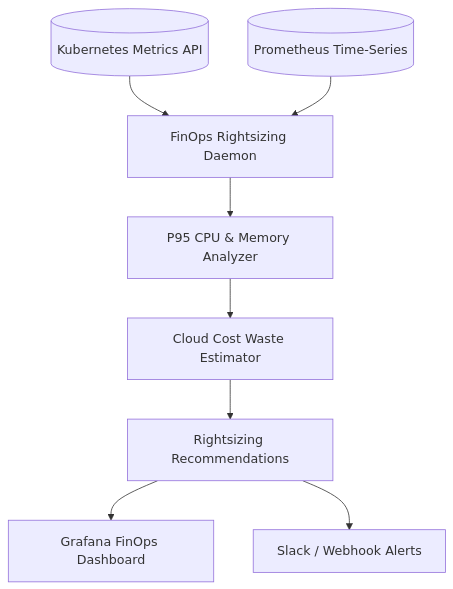
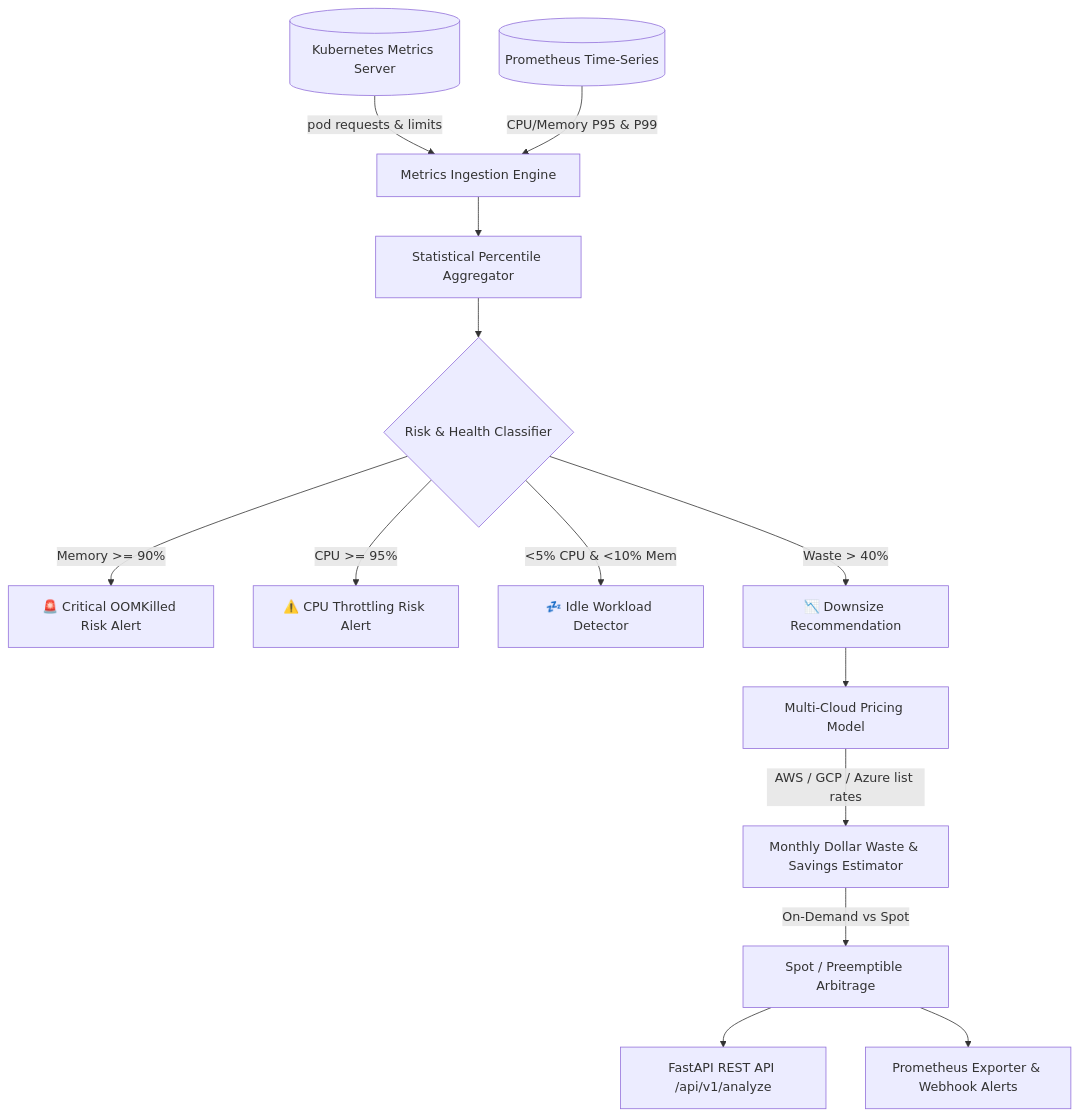
The diagram in README.md (txltedxgod/k8s-cost-optimizer), drawn with Mermaid before and after one commit. The commit also changed other lines of this file and 12 other files, not shown here.

Commit message:
feat(finops): enhance rightsizing engine, multi-cloud pricing, risk alerts, and test suite (#21)

````diff
--- a/README.md
+++ b/README.md
@@ -3,11 +16,20 @@
 ```mermaid
 flowchart TD
-    K8sAPI[(Kubernetes Metrics API)] --> Daemon[FinOps Rightsizing Daemon]
-    Prometheus[(Prometheus Time-Series)] --> Daemon
+    K8sAPI[(Kubernetes Metrics Server)] -->|pod requests & limits| Ingestion[Metrics Ingestion Engine]
+    Prometheus[(Prometheus Time-Series)] -->|CPU/Memory P95 & P99| Ingestion
     
-    Daemon --> Analyzer[P95 CPU & Memory Analyzer]
-    Analyzer --> CostCalc[Cloud Cost Waste Estimator]
-    CostCalc --> Recs[Rightsizing Recommendations]
-    Recs --> Dashboard[Grafana FinOps Dashboard]
-    Recs --> Slack[Slack / Webhook Alerts]
+    Ingestion --> PStats[Statistical Percentile Aggregator]
+    PStats --> RiskEval{Risk & Health Classifier}
+    
+    RiskEval -->|Memory >= 90%| OOMAlert[🚨 Critical OOMKilled Risk Alert]
+    RiskEval -->|CPU >= 95%| ThrottleAlert[⚠️ CPU Throttling Risk Alert]
+    RiskEval -->|<5% CPU & <10% Mem| IdleAlert[💤 Idle Workload Detector]
+    RiskEval -->|Waste > 40%| Rightsize[📉 Downsize Recommendation]
+    
+    Rightsize --> PricingEngine[Multi-Cloud Pricing Model]
+    PricingEngine -->|AWS / GCP / Azure list rates| CostWaste[Monthly Dollar Waste & Savings Estimator]
+    CostWaste -->|On-Demand vs Spot| SpotOpt[Spot / Preemptible Arbitrage]
+    
+    SpotOpt --> RESTAPI[FastAPI REST API /api/v1/analyze]
+    SpotOpt --> Webhooks[Prometheus Exporter & Webhook Alerts]
 ```
````
